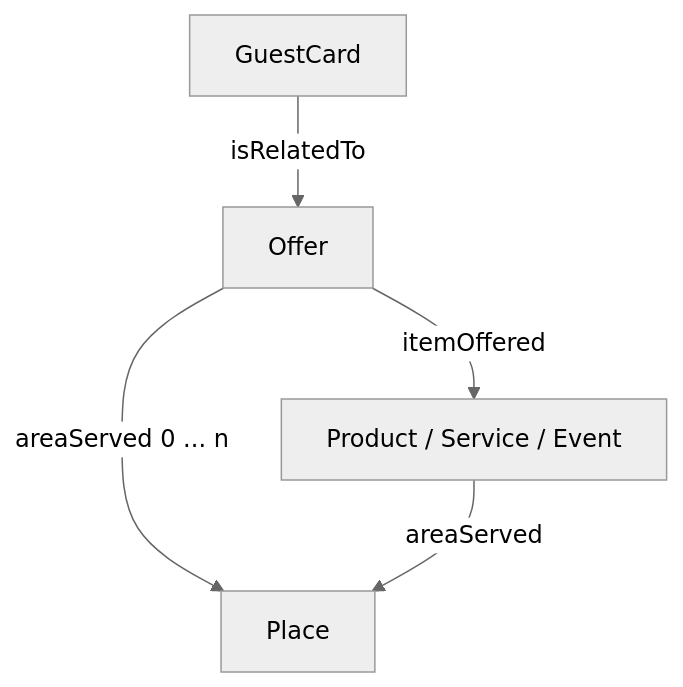
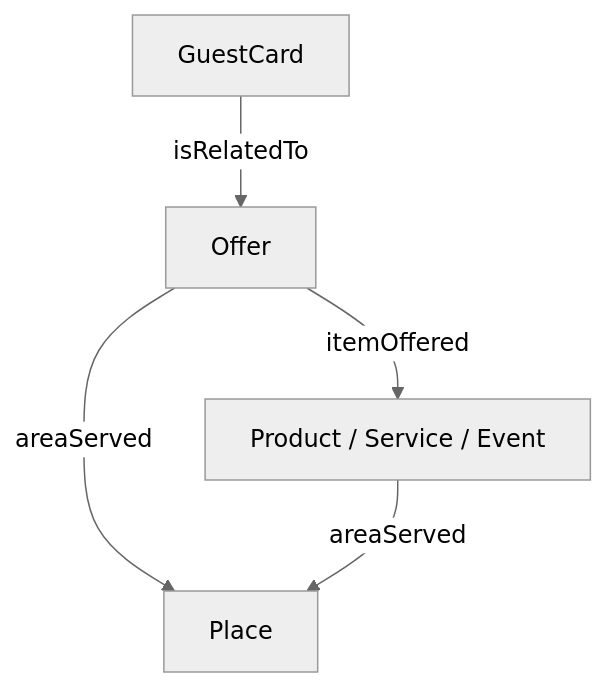
The second of 2 diagrams in docs/concepts/gaestekarte.md (tsolenthaler/docs.contentdesk.io), drawn with Mermaid (neutral theme) before and after one commit.

Commit message:
Refactor gaestekarte.md: Update Offer's areaServed connection

````diff
--- a/docs/concepts/gaestekarte.md
+++ b/docs/concepts/gaestekarte.md
@@ -43,9 +43,9 @@
 ``` mermaid
 graph TD
     GuestCard -->|isRelatedTo| Offer
 
     Offer --> |itemOffered| Product[Product / Service / Event]
-    Offer --> |areaServed 0 ... n| Place
+    Offer --> |areaServed| Place
 
     Product --> |areaServed| Place
 ```
````
